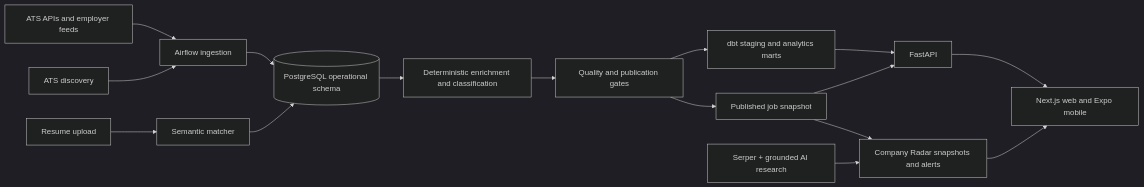
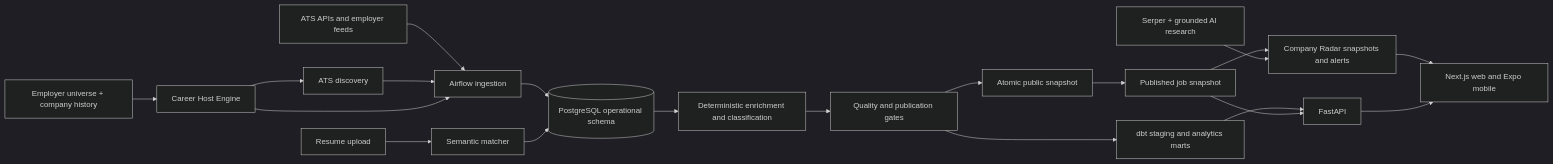
The diagram in README.md (lukejones3/job-market-analytics), drawn with Mermaid (dark theme) before and after one commit. The commit also changed other lines of this file and 27 other files, not shown here.

Commit message:
feat: add governed career host expansion

````diff
--- a/README.md
+++ b/README.md
@@ -58,18 +78,22 @@
 ```mermaid
 flowchart LR
     A[ATS APIs and employer feeds] --> B[Airflow ingestion]
     D[ATS discovery] --> B
+    U[Employer universe + company history] --> K[Career Host Engine]
+    K --> D
+    K --> B
     B --> C[(PostgreSQL operational schema)]
     C --> E[Deterministic enrichment and classification]
     E --> F[Quality and publication gates]
+    F --> P[Atomic public snapshot]
     F --> G[dbt staging and analytics marts]
-    F --> H[Published job snapshot]
+    P --> H[Published job snapshot]
     G --> I[FastAPI]
     H --> I
     R[Resume upload] --> M[Semantic matcher]
     M --> C
     H --> Q[Company Radar snapshots and alerts]
     X[Serper + grounded AI research] --> Q
     Q --> W
     I --> W[Next.js web and Expo mobile]
 ```
````
